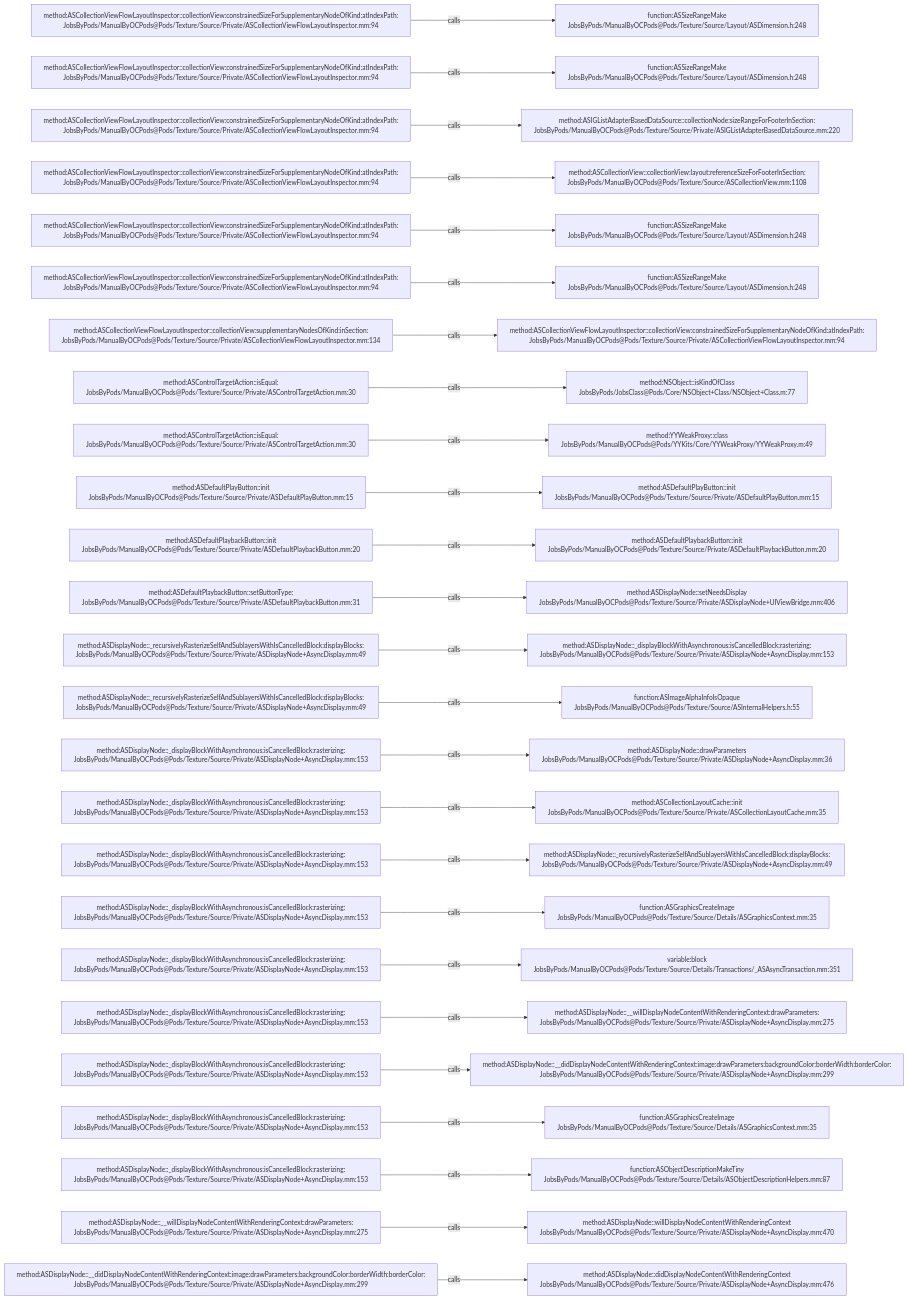
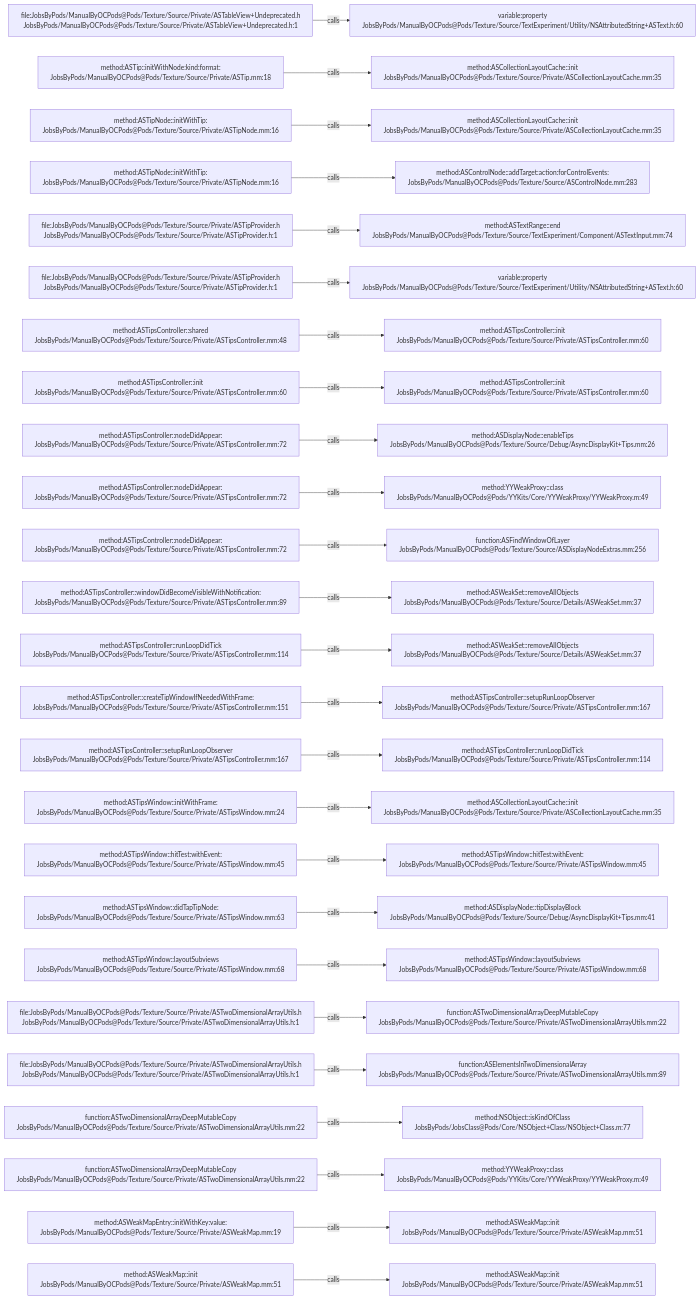
Before and after one commit to JobsKits/JobsOCBaseConfigDemo: the diagram in .codegraph/codegraph.md/graphs/calls-194.md, drawn with Mermaid. The commit also changed 1223 other files, not shown here.

````diff
--- a/.codegraph/codegraph.md/graphs/calls-194.md
+++ b/.codegraph/codegraph.md/graphs/calls-194.md
@@ -13,78 +13,78 @@
 ```mermaid
 flowchart LR
-  S1["method:ASCollectionViewFlowLayoutInspector::collectionView:constrainedSizeForSupplementaryNodeOfKind:atIndexPath:<br/>JobsByPods/ManualByOCPods@Pods/Texture/Source/Private/ASCollectionViewFlowLayoutInspector.mm:94"]
-  T1["function:ASSizeRangeMake<br/>JobsByPods/ManualByOCPods@Pods/Texture/Source/Layout/ASDimension.h:248"]
+  S1["file:JobsByPods/ManualByOCPods@Pods/Texture/Source/Private/ASTableView+Undeprecated.h<br/>JobsByPods/ManualByOCPods@Pods/Texture/Source/Private/ASTableView+Undeprecated.h:1"]
+  T1["variable:property<br/>JobsByPods/ManualByOCPods@Pods/Texture/Source/TextExperiment/Utility/NSAttributedString+ASText.h:60"]
   S1 -->|calls| T1
-  S2["method:ASCollectionViewFlowLayoutInspector::collectionView:constrainedSizeForSupplementaryNodeOfKind:atIndexPath:<br/>JobsByPods/ManualByOCPods@Pods/Texture/Source/Private/ASCollectionViewFlowLayoutInspector.mm:94"]
-  T2["function:ASSizeRangeMake<br/>JobsByPods/ManualByOCPods@Pods/Texture/Source/Layout/ASDimension.h:248"]
+  S2["method:ASTip::initWithNode:kind:format:<br/>JobsByPods/ManualByOCPods@Pods/Texture/Source/Private/ASTip.mm:18"]
+  T2["method:ASCollectionLayoutCache::init<br/>JobsByPods/ManualByOCPods@Pods/Texture/Source/Private/ASCollectionLayoutCache.mm:35"]
   S2 -->|calls| T2
-  S3["method:ASCollectionViewFlowLayoutInspector::collectionView:constrainedSizeForSupplementaryNodeOfKind:atIndexPath:<br/>JobsByPods/ManualByOCPods@Pods/Texture/Source/Private/ASCollectionViewFlowLayoutInspector.mm:94"]
-  T3["method:ASIGListAdapterBasedDataSource::collectionNode:sizeRangeForFooterInSection:<br/>JobsByPods/ManualByOCPods@Pods/Texture/Source/Private/ASIGListAdapterBasedDataSource.mm:220"]
+  S3["method:ASTipNode::initWithTip:<br/>JobsByPods/ManualByOCPods@Pods/Texture/Source/Private/ASTipNode.mm:16"]
+  T3["method:ASCollectionLayoutCache::init<br/>JobsByPods/ManualByOCPods@Pods/Texture/Source/Private/ASCollectionLayoutCache.mm:35"]
   S3 -->|calls| T3
-  S4["method:ASCollectionViewFlowLayoutInspector::collectionView:constrainedSizeForSupplementaryNodeOfKind:atIndexPath:<br/>JobsByPods/ManualByOCPods@Pods/Texture/Source/Private/ASCollectionViewFlowLayoutInspector.mm:94"]
-  T4["method:ASCollectionView::collectionView:layout:referenceSizeForFooterInSection:<br/>JobsByPods/ManualByOCPods@Pods/Texture/Source/ASCollectionView.mm:1108"]
+  S4["method:ASTipNode::initWithTip:<br/>JobsByPods/ManualByOCPods@Pods/Texture/Source/Private/ASTipNode.mm:16"]
+  T4["method:ASControlNode::addTarget:action:forControlEvents:<br/>JobsByPods/ManualByOCPods@Pods/Texture/Source/ASControlNode.mm:283"]
   S4 -->|calls| T4
-  S5["method:ASCollectionViewFlowLayoutInspector::collectionView:constrainedSizeForSupplementaryNodeOfKind:atIndexPath:<br/>JobsByPods/ManualByOCPods@Pods/Texture/Source/Private/ASCollectionViewFlowLayoutInspector.mm:94"]
-  T5["function:ASSizeRangeMake<br/>JobsByPods/ManualByOCPods@Pods/Texture/Source/Layout/ASDimension.h:248"]
+  S5["file:JobsByPods/ManualByOCPods@Pods/Texture/Source/Private/ASTipProvider.h<br/>JobsByPods/ManualByOCPods@Pods/Texture/Source/Private/ASTipProvider.h:1"]
+  T5["method:ASTextRange::end<br/>JobsByPods/ManualByOCPods@Pods/Texture/Source/TextExperiment/Component/ASTextInput.mm:74"]
   S5 -->|calls| T5
-  S6["method:ASCollectionViewFlowLayoutInspector::collectionView:constrainedSizeForSupplementaryNodeOfKind:atIndexPath:<br/>JobsByPods/ManualByOCPods@Pods/Texture/Source/Private/ASCollectionViewFlowLayoutInspector.mm:94"]
-  T6["function:ASSizeRangeMake<br/>JobsByPods/ManualByOCPods@Pods/Texture/Source/Layout/ASDimension.h:248"]
+  S6["file:JobsByPods/ManualByOCPods@Pods/Texture/Source/Private/ASTipProvider.h<br/>JobsByPods/ManualByOCPods@Pods/Texture/Source/Private/ASTipProvider.h:1"]
+  T6["variable:property<br/>JobsByPods/ManualByOCPods@Pods/Texture/Source/TextExperiment/Utility/NSAttributedString+ASText.h:60"]
   S6 -->|calls| T6
-  S7["method:ASCollectionViewFlowLayoutInspector::collectionView:supplementaryNodesOfKind:inSection:<br/>JobsByPods/ManualByOCPods@Pods/Texture/Source/Private/ASCollectionViewFlowLayoutInspector.mm:134"]
-  T7["method:ASCollectionViewFlowLayoutInspector::collectionView:constrainedSizeForSupplementaryNodeOfKind:atIndexPath:<br/>JobsByPods/ManualByOCPods@Pods/Texture/Source/Private/ASCollectionViewFlowLayoutInspector.mm:94"]
+  S7["method:ASTipsController::shared<br/>JobsByPods/ManualByOCPods@Pods/Texture/Source/Private/ASTipsController.mm:48"]
+  T7["method:ASTipsController::init<br/>JobsByPods/ManualByOCPods@Pods/Texture/Source/Private/ASTipsController.mm:60"]
   S7 -->|calls| T7
-  S8["method:ASControlTargetAction::isEqual:<br/>JobsByPods/ManualByOCPods@Pods/Texture/Source/Private/ASControlTargetAction.mm:30"]
-  T8["method:NSObject::isKindOfClass<br/>JobsByPods/JobsClass@Pods/Core/NSObject+Class/NSObject+Class.m:77"]
+  S8["method:ASTipsController::init<br/>JobsByPods/ManualByOCPods@Pods/Texture/Source/Private/ASTipsController.mm:60"]
+  T8["method:ASTipsController::init<br/>JobsByPods/ManualByOCPods@Pods/Texture/Source/Private/ASTipsController.mm:60"]
   S8 -->|calls| T8
-  S9["method:ASControlTargetAction::isEqual:<br/>JobsByPods/ManualByOCPods@Pods/Texture/Source/Private/ASControlTargetAction.mm:30"]
-  T9["method:YYWeakProxy::class<br/>JobsByPods/ManualByOCPods@Pods/YYKits/Core/YYWeakProxy/YYWeakProxy.m:49"]
+  S9["method:ASTipsController::nodeDidAppear:<br/>JobsByPods/ManualByOCPods@Pods/Texture/Source/Private/ASTipsController.mm:72"]
+  T9["method:ASDisplayNode::enableTips<br/>JobsByPods/ManualByOCPods@Pods/Texture/Source/Debug/AsyncDisplayKit+Tips.mm:26"]
   S9 -->|calls| T9
-  S10["method:ASDefaultPlayButton::init<br/>JobsByPods/ManualByOCPods@Pods/Texture/Source/Private/ASDefaultPlayButton.mm:15"]
-  T10["method:ASDefaultPlayButton::init<br/>JobsByPods/ManualByOCPods@Pods/Texture/Source/Private/ASDefaultPlayButton.mm:15"]
+  S10["method:ASTipsController::nodeDidAppear:<br/>JobsByPods/ManualByOCPods@Pods/Texture/Source/Private/ASTipsController.mm:72"]
+  T10["method:YYWeakProxy::class<br/>JobsByPods/ManualByOCPods@Pods/YYKits/Core/YYWeakProxy/YYWeakProxy.m:49"]
   S10 -->|calls| T10
-  S11["method:ASDefaultPlaybackButton::init<br/>JobsByPods/ManualByOCPods@Pods/Texture/Source/Private/ASDefaultPlaybackButton.mm:20"]
-  T11["method:ASDefaultPlaybackButton::init<br/>JobsByPods/ManualByOCPods@Pods/Texture/Source/Private/ASDefaultPlaybackButton.mm:20"]
+  S11["method:ASTipsController::nodeDidAppear:<br/>JobsByPods/ManualByOCPods@Pods/Texture/Source/Private/ASTipsController.mm:72"]
+  T11["function:ASFindWindowOfLayer<br/>JobsByPods/ManualByOCPods@Pods/Texture/Source/ASDisplayNodeExtras.mm:256"]
   S11 -->|calls| T11
-  S12["method:ASDefaultPlaybackButton::setButtonType:<br/>JobsByPods/ManualByOCPods@Pods/Texture/Source/Private/ASDefaultPlaybackButton.mm:31"]
-  T12["method:ASDisplayNode::setNeedsDisplay<br/>JobsByPods/ManualByOCPods@Pods/Texture/Source/Private/ASDisplayNode+UIViewBridge.mm:406"]
+  S12["method:ASTipsController::windowDidBecomeVisibleWithNotification:<br/>JobsByPods/ManualByOCPods@Pods/Texture/Source/Private/ASTipsController.mm:89"]
+  T12["method:ASWeakSet::removeAllObjects<br/>JobsByPods/ManualByOCPods@Pods/Texture/Source/Details/ASWeakSet.mm:37"]
   S12 -->|calls| T12
-  S13["method:ASDisplayNode::_recursivelyRasterizeSelfAndSublayersWithIsCancelledBlock:displayBlocks:<br/>JobsByPods/ManualByOCPods@Pods/Texture/Source/Private/ASDisplayNode+AsyncDisplay.mm:49"]
-  T13["method:ASDisplayNode::_displayBlockWithAsynchronous:isCancelledBlock:rasterizing:<br/>JobsByPods/ManualByOCPods@Pods/Texture/Source/Private/ASDisplayNode+AsyncDisplay.mm:153"]
+  S13["method:ASTipsController::runLoopDidTick<br/>JobsByPods/ManualByOCPods@Pods/Texture/Source/Private/ASTipsController.mm:114"]
+  T13["method:ASWeakSet::removeAllObjects<br/>JobsByPods/ManualByOCPods@Pods/Texture/Source/Details/ASWeakSet.mm:37"]
   S13 -->|calls| T13
-  S14["method:ASDisplayNode::_recursivelyRasterizeSelfAndSublayersWithIsCancelledBlock:displayBlocks:<br/>JobsByPods/ManualByOCPods@Pods/Texture/Source/Private/ASDisplayNode+AsyncDisplay.mm:49"]
-  T14["function:ASImageAlphaInfoIsOpaque<br/>JobsByPods/ManualByOCPods@Pods/Texture/Source/ASInternalHelpers.h:55"]
+  S14["method:ASTipsController::createTipWindowIfNeededWithFrame:<br/>JobsByPods/ManualByOCPods@Pods/Texture/Source/Private/ASTipsController.mm:151"]
+  T14["method:ASTipsController::setupRunLoopObserver<br/>JobsByPods/ManualByOCPods@Pods/Texture/Source/Private/ASTipsController.mm:167"]
   S14 -->|calls| T14
-  S15["method:ASDisplayNode::_displayBlockWithAsynchronous:isCancelledBlock:rasterizing:<br/>JobsByPods/ManualByOCPods@Pods/Texture/Source/Private/ASDisplayNode+AsyncDisplay.mm:153"]
-  T15["method:ASDisplayNode::drawParameters<br/>JobsByPods/ManualByOCPods@Pods/Texture/Source/Private/ASDisplayNode+AsyncDisplay.mm:36"]
+  S15["method:ASTipsController::setupRunLoopObserver<br/>JobsByPods/ManualByOCPods@Pods/Texture/Source/Private/ASTipsController.mm:167"]
+  T15["method:ASTipsController::runLoopDidTick<br/>JobsByPods/ManualByOCPods@Pods/Texture/Source/Private/ASTipsController.mm:114"]
   S15 -->|calls| T15
-  S16["method:ASDisplayNode::_displayBlockWithAsynchronous:isCancelledBlock:rasterizing:<br/>JobsByPods/ManualByOCPods@Pods/Texture/Source/Private/ASDisplayNode+AsyncDisplay.mm:153"]
+  S16["method:ASTipsWindow::initWithFrame:<br/>JobsByPods/ManualByOCPods@Pods/Texture/Source/Private/ASTipsWindow.mm:24"]
   T16["method:ASCollectionLayoutCache::init<br/>JobsByPods/ManualByOCPods@Pods/Texture/Source/Private/ASCollectionLayoutCache.mm:35"]
   S16 -->|calls| T16
-  S17["method:ASDisplayNode::_displayBlockWithAsynchronous:isCancelledBlock:rasterizing:<br/>JobsByPods/ManualByOCPods@Pods/Texture/Source/Private/ASDisplayNode+AsyncDisplay.mm:153"]
-  T17["method:ASDisplayNode::_recursivelyRasterizeSelfAndSublayersWithIsCancelledBlock:displayBlocks:<br/>JobsByPods/ManualByOCPods@Pods/Texture/Source/Private/ASDisplayNode+AsyncDisplay.mm:49"]
+  S17["method:ASTipsWindow::hitTest:withEvent:<br/>JobsByPods/ManualByOCPods@Pods/Texture/Source/Private/ASTipsWindow.mm:45"]
+  T17["method:ASTipsWindow::hitTest:withEvent:<br/>JobsByPods/ManualByOCPods@Pods/Texture/Source/Private/ASTipsWindow.mm:45"]
   S17 -->|calls| T17
-  S18["method:ASDisplayNode::_displayBlockWithAsynchronous:isCancelledBlock:rasterizing:<br/>JobsByPods/ManualByOCPods@Pods/Texture/Source/Private/ASDisplayNode+AsyncDisplay.mm:153"]
-  T18["function:ASGraphicsCreateImage<br/>JobsByPods/ManualByOCPods@Pods/Texture/Source/Details/ASGraphicsContext.mm:35"]
+  S18["method:ASTipsWindow::didTapTipNode:<br/>JobsByPods/ManualByOCPods@Pods/Texture/Source/Private/ASTipsWindow.mm:63"]
+  T18["method:ASDisplayNode::tipDisplayBlock<br/>JobsByPods/ManualByOCPods@Pods/Texture/Source/Debug/AsyncDisplayKit+Tips.mm:41"]
   S18 -->|calls| T18
-  S19["method:ASDisplayNode::_displayBlockWithAsynchronous:isCancelledBlock:rasterizing:<br/>JobsByPods/ManualByOCPods@Pods/Texture/Source/Private/ASDisplayNode+AsyncDisplay.mm:153"]
-  T19["variable:block<br/>JobsByPods/ManualByOCPods@Pods/Texture/Source/Details/Transactions/_ASAsyncTransaction.mm:351"]
+  S19["method:ASTipsWindow::layoutSubviews<br/>JobsByPods/ManualByOCPods@Pods/Texture/Source/Private/ASTipsWindow.mm:68"]
+  T19["method:ASTipsWindow::layoutSubviews<br/>JobsByPods/ManualByOCPods@Pods/Texture/Source/Private/ASTipsWindow.mm:68"]
   S19 -->|calls| T19
-  S20["method:ASDisplayNode::_displayBlockWithAsynchronous:isCancelledBlock:rasterizing:<br/>JobsByPods/ManualByOCPods@Pods/Texture/Source/Private/ASDisplayNode+AsyncDisplay.mm:153"]
-  T20["method:ASDisplayNode::__willDisplayNodeContentWithRenderingContext:drawParameters:<br/>JobsByPods/ManualByOCPods@Pods/Texture/Source/Private/ASDisplayNode+AsyncDisplay.mm:275"]
+  S20["file:JobsByPods/ManualByOCPods@Pods/Texture/Source/Private/ASTwoDimensionalArrayUtils.h<br/>JobsByPods/ManualByOCPods@Pods/Texture/Source/Private/ASTwoDimensionalArrayUtils.h:1"]
+  T20["function:ASTwoDimensionalArrayDeepMutableCopy<br/>JobsByPods/ManualByOCPods@Pods/Texture/Source/Private/ASTwoDimensionalArrayUtils.mm:22"]
   S20 -->|calls| T20
-  S21["method:ASDisplayNode::_displayBlockWithAsynchronous:isCancelledBlock:rasterizing:<br/>JobsByPods/ManualByOCPods@Pods/Texture/Source/Private/ASDisplayNode+AsyncDisplay.mm:153"]
-  T21["method:ASDisplayNode::__didDisplayNodeContentWithRenderingContext:image:drawParameters:backgroundColor:borderWidth:borderColor:<br/>JobsByPods/ManualByOCPods@Pods/Texture/Source/Private/ASDisplayNode+AsyncDisplay.mm:299"]
+  S21["file:JobsByPods/ManualByOCPods@Pods/Texture/Source/Private/ASTwoDimensionalArrayUtils.h<br/>JobsByPods/ManualByOCPods@Pods/Texture/Source/Private/ASTwoDimensionalArrayUtils.h:1"]
+  T21["function:ASElementsInTwoDimensionalArray<br/>JobsByPods/ManualByOCPods@Pods/Texture/Source/Private/ASTwoDimensionalArrayUtils.mm:89"]
   S21 -->|calls| T21
-  S22["method:ASDisplayNode::_displayBlockWithAsynchronous:isCancelledBlock:rasterizing:<br/>JobsByPods/ManualByOCPods@Pods/Texture/Source/Private/ASDisplayNode+AsyncDisplay.mm:153"]
-  T22["function:ASGraphicsCreateImage<br/>JobsByPods/ManualByOCPods@Pods/Texture/Source/Details/ASGraphicsContext.mm:35"]
+  S22["function:ASTwoDimensionalArrayDeepMutableCopy<br/>JobsByPods/ManualByOCPods@Pods/Texture/Source/Private/ASTwoDimensionalArrayUtils.mm:22"]
+  T22["method:NSObject::isKindOfClass<br/>JobsByPods/JobsClass@Pods/Core/NSObject+Class/NSObject+Class.m:77"]
   S22 -->|calls| T22
-  S23["method:ASDisplayNode::_displayBlockWithAsynchronous:isCancelledBlock:rasterizing:<br/>JobsByPods/ManualByOCPods@Pods/Texture/Source/Private/ASDisplayNode+AsyncDisplay.mm:153"]
-  T23["function:ASObjectDescriptionMakeTiny<br/>JobsByPods/ManualByOCPods@Pods/Texture/Source/Details/ASObjectDescriptionHelpers.mm:87"]
+  S23["function:ASTwoDimensionalArrayDeepMutableCopy<br/>JobsByPods/ManualByOCPods@Pods/Texture/Source/Private/ASTwoDimensionalArrayUtils.mm:22"]
+  T23["method:YYWeakProxy::class<br/>JobsByPods/ManualByOCPods@Pods/YYKits/Core/YYWeakProxy/YYWeakProxy.m:49"]
   S23 -->|calls| T23
-  S24["method:ASDisplayNode::__willDisplayNodeContentWithRenderingContext:drawParameters:<br/>JobsByPods/ManualByOCPods@Pods/Texture/Source/Private/ASDisplayNode+AsyncDisplay.mm:275"]
-  T24["method:ASDisplayNode::willDisplayNodeContentWithRenderingContext<br/>JobsByPods/ManualByOCPods@Pods/Texture/Source/Private/ASDisplayNode+AsyncDisplay.mm:470"]
+  S24["method:ASWeakMapEntry::initWithKey:value:<br/>JobsByPods/ManualByOCPods@Pods/Texture/Source/Private/ASWeakMap.mm:19"]
+  T24["method:ASWeakMap::init<br/>JobsByPods/ManualByOCPods@Pods/Texture/Source/Private/ASWeakMap.mm:51"]
   S24 -->|calls| T24
-  S25["method:ASDisplayNode::__didDisplayNodeContentWithRenderingContext:image:drawParameters:backgroundColor:borderWidth:borderColor:<br/>JobsByPods/ManualByOCPods@Pods/Texture/Source/Private/ASDisplayNode+AsyncDisplay.mm:299"]
-  T25["method:ASDisplayNode::didDisplayNodeContentWithRenderingContext<br/>JobsByPods/ManualByOCPods@Pods/Texture/Source/Private/ASDisplayNode+AsyncDisplay.mm:476"]
+  S25["method:ASWeakMap::init<br/>JobsByPods/ManualByOCPods@Pods/Texture/Source/Private/ASWeakMap.mm:51"]
+  T25["method:ASWeakMap::init<br/>JobsByPods/ManualByOCPods@Pods/Texture/Source/Private/ASWeakMap.mm:51"]
   S25 -->|calls| T25
 ```
````
